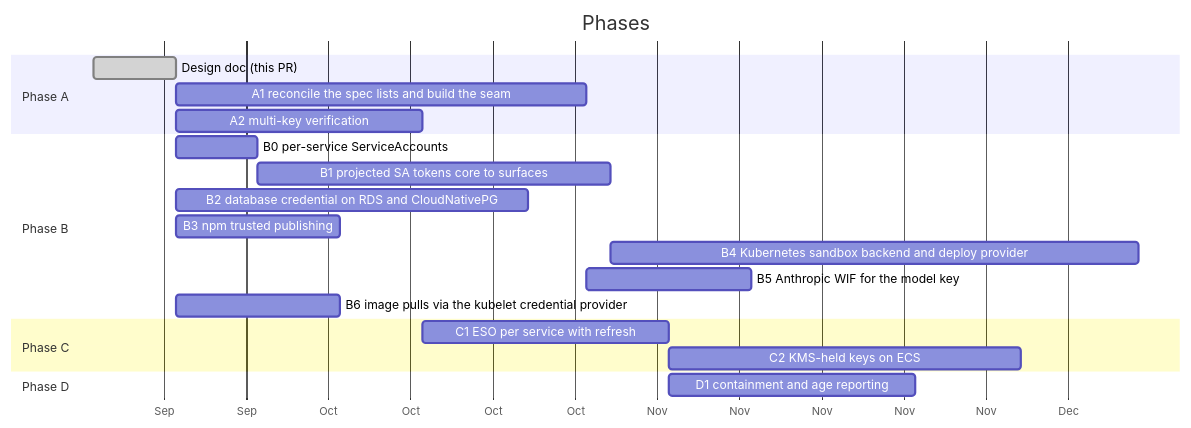
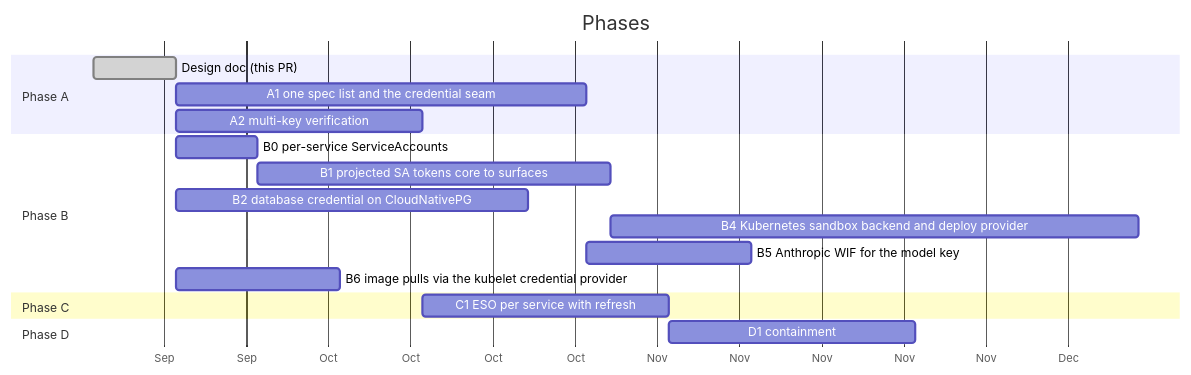
Before and after one commit to agentsky/qm: the fifth of 5 diagrams in docs/secretless.md, drawn with Mermaid. The commit also changed other lines of this file and 421 other files, not shown here.

````diff
--- a/docs/secretless.md
+++ b/docs/secretless.md
@@ -1050,23 +853,21 @@
 ```mermaid
 gantt
   title Phases
   dateFormat YYYY-MM-DD
   axisFormat %b
   section Phase A
   Design doc (this PR)          :done, d1, 2026-09-14, 7d
-  A1 reconcile the spec lists and build the seam :a1, after d1, 35d
+  A1 one spec list and the credential seam :a1, after d1, 35d
   A2 multi-key verification     :a2, after d1, 21d
   section Phase B
   B0 per-service ServiceAccounts :b0, after d1, 7d
   B1 projected SA tokens core to surfaces :b1, after b0, 30d
-  B2 database credential on RDS and CloudNativePG :b2, after d1, 30d
-  B3 npm trusted publishing     :b3, after d1, 14d
+  B2 database credential on CloudNativePG :b2, after d1, 30d
   B4 Kubernetes sandbox backend and deploy provider :b4, after b1, 45d
   B5 Anthropic WIF for the model key :b5, after a1, 14d
   B6 image pulls via the kubelet credential provider :b6, after d1, 14d
   section Phase C
   C1 ESO per service with refresh :c1, after a2, 21d
-  C2 KMS-held keys on ECS       :c2, after c1, 30d
   section Phase D
-  D1 containment and age reporting :e1, after c1, 21d
+  D1 containment                 :e1, after c1, 21d
 ```
````
